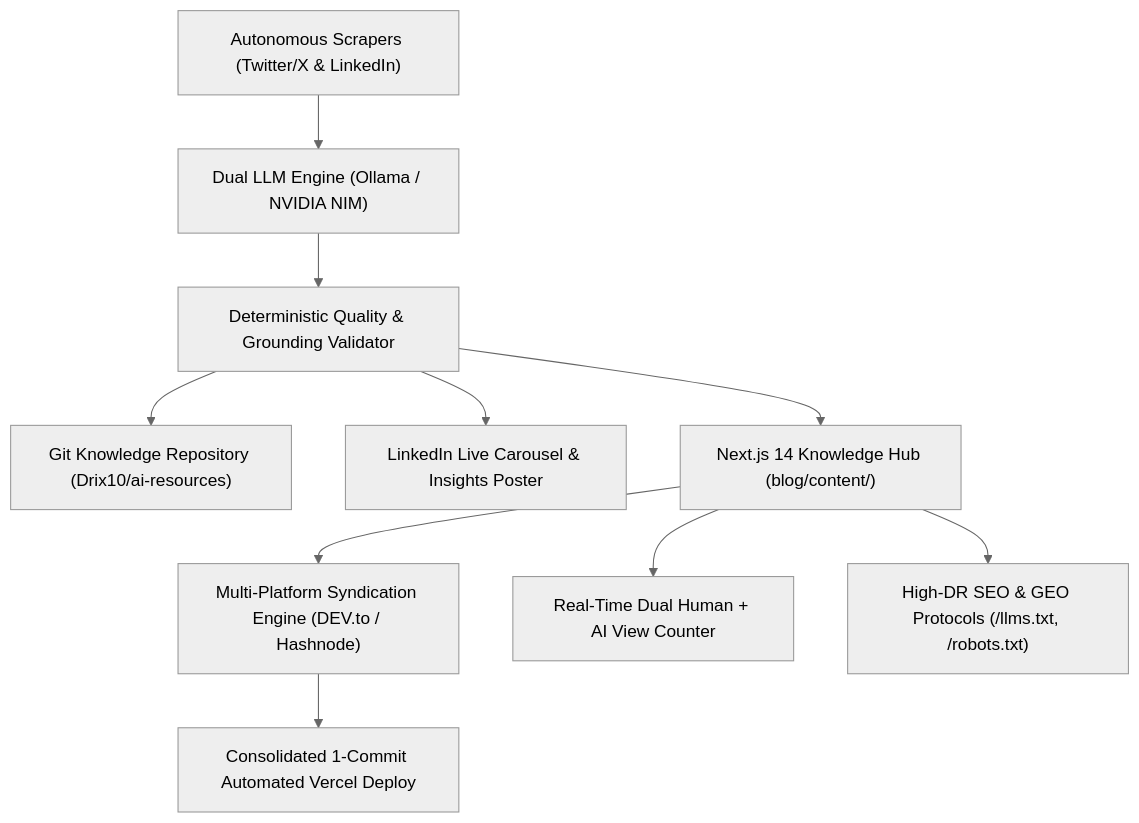
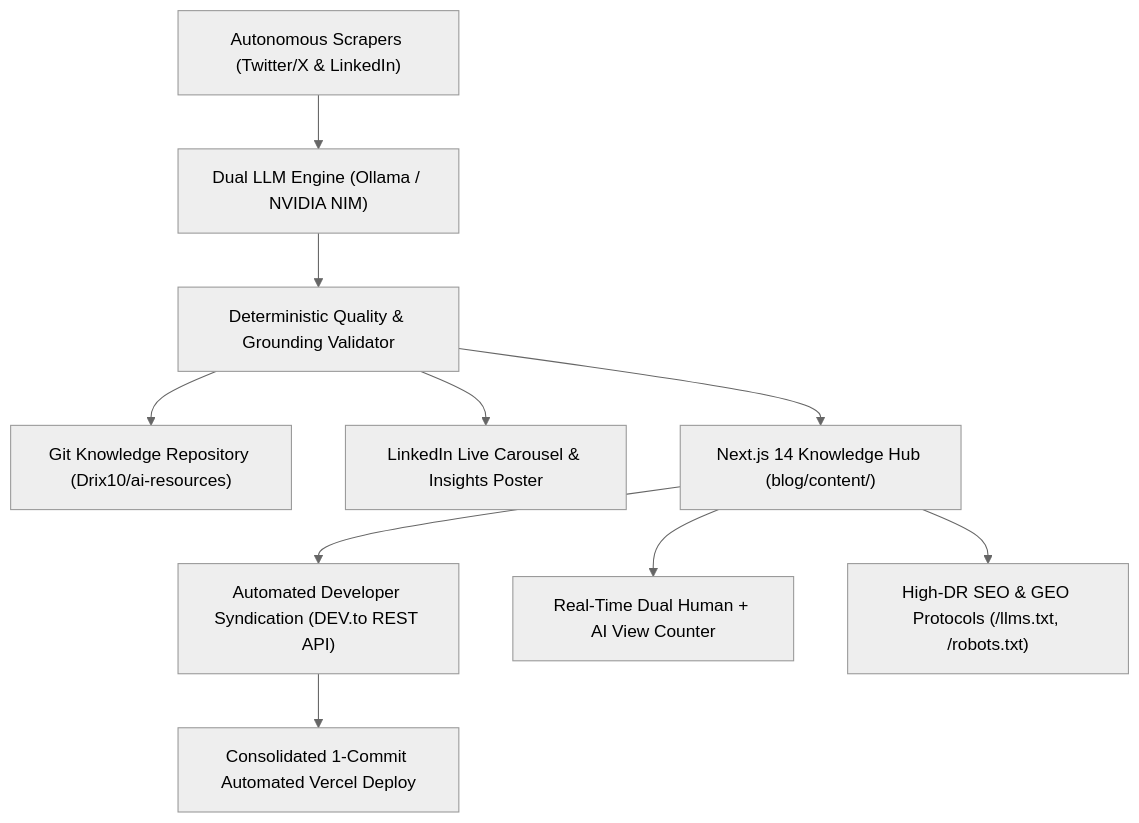
The diagram in README.md (Drix10/ai-resources-pipeline), drawn with Mermaid (neutral theme) before and after one commit. The commit also changed other lines of this file and 5 other files, not shown here.

````diff
--- a/README.md
+++ b/README.md
@@ -32,12 +32,12 @@
 ```mermaid
 flowchart TD
     A["Autonomous Scrapers (Twitter/X & LinkedIn)"] --> B["Dual LLM Engine (Ollama / NVIDIA NIM)"]
     B --> C["Deterministic Quality & Grounding Validator"]
     C --> D["Git Knowledge Repository (Drix10/ai-resources)"]
     C --> E["LinkedIn Live Carousel & Insights Poster"]
     C --> F["Next.js 14 Knowledge Hub (blog/content/)"]
-    F --> G["Multi-Platform Syndication Engine (DEV.to / Hashnode)"]
+    F --> G["Automated Developer Syndication (DEV.to REST API)"]
     F --> H["Real-Time Dual Human + AI View Counter"]
     F --> I["High-DR SEO & GEO Protocols (/llms.txt, /robots.txt)"]
     G --> J["Consolidated 1-Commit Automated Vercel Deploy"]
 ```
````
